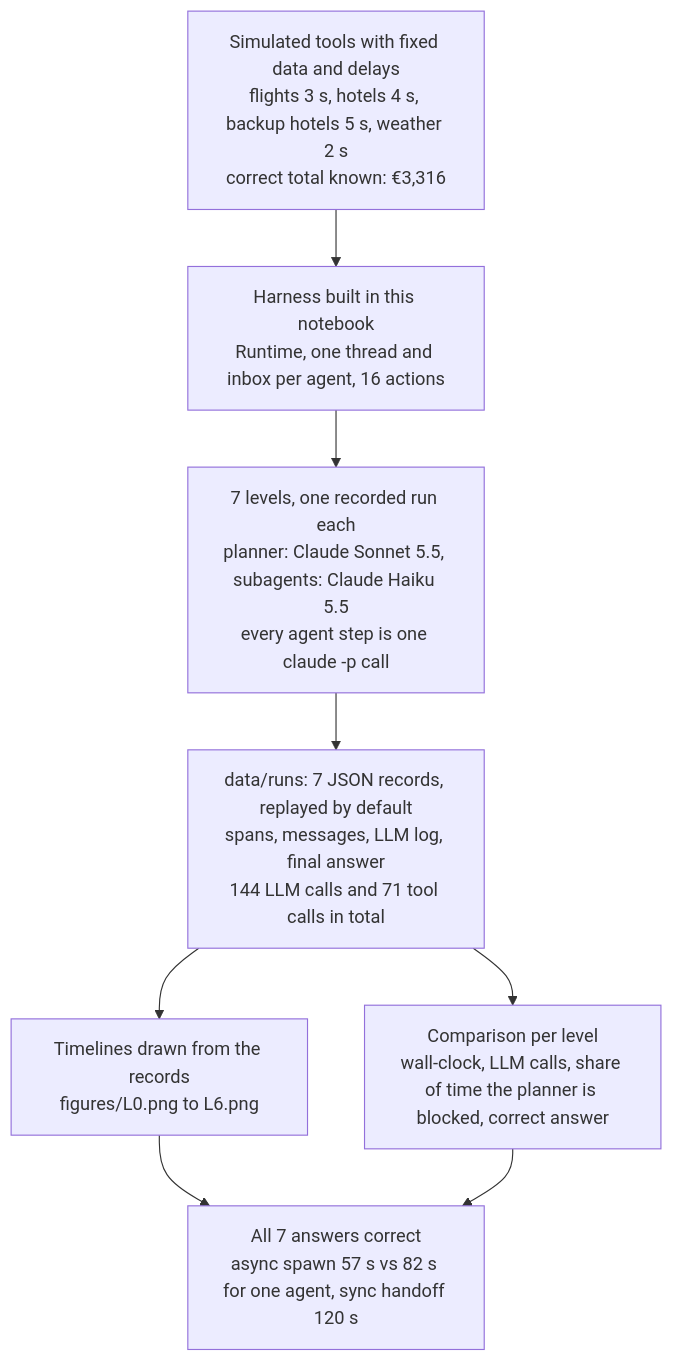
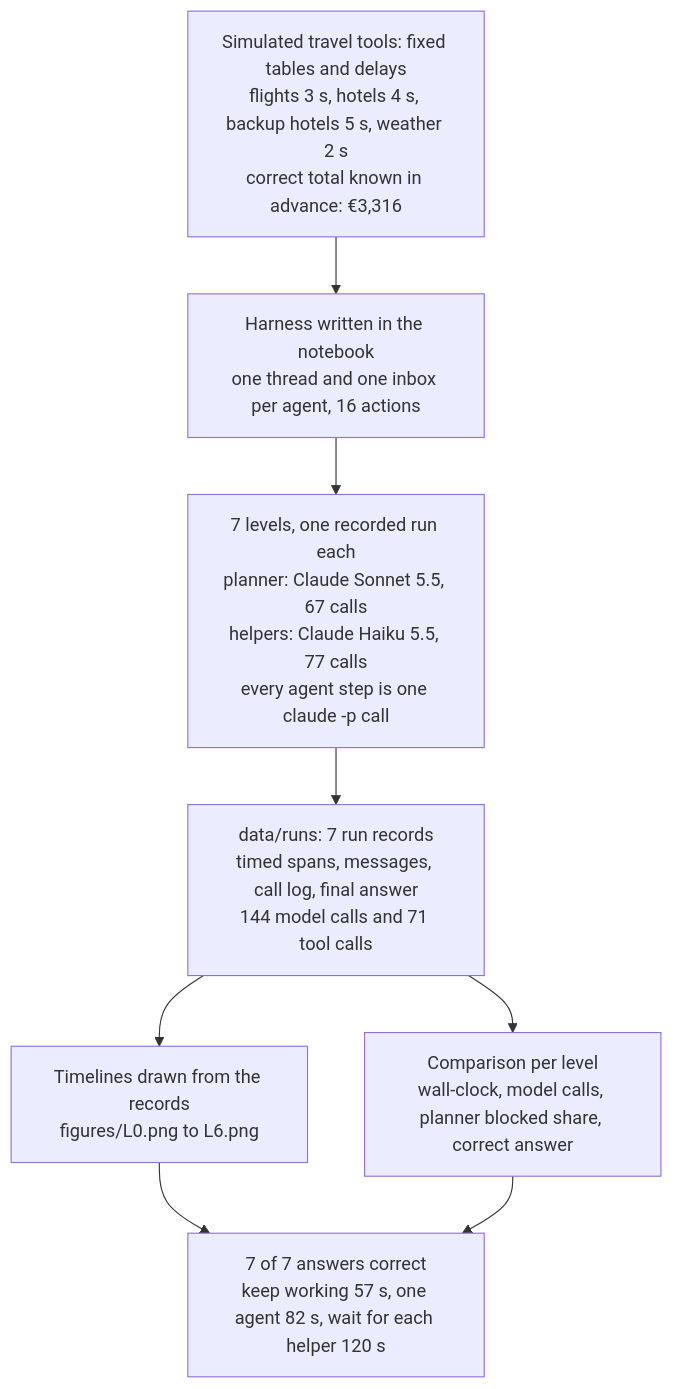
Before and after one commit to k-sandhu/experiment-notebooks: the second of 8 diagrams in notebooks/07-subagent-handoff-harness/README.md, drawn with Mermaid. The commit also changed other lines of this file and 2 other files, not shown here.

First line of the commit message:
Rewrite notebook 07 README and narrative as a standalone explanation

````diff
--- a/notebooks/07-subagent-handoff-harness/README.md
+++ b/notebooks/07-subagent-handoff-harness/README.md
@@ -39,15 +150,15 @@
 ```mermaid
 flowchart TD
-    world["Simulated tools with fixed data and delays<br/>flights 3 s, hotels 4 s, backup hotels 5 s, weather 2 s<br/>correct total known: €3,316"]
-    harness["Harness built in this notebook<br/>Runtime, one thread and inbox per agent, 16 actions"]
-    levels["7 levels, one recorded run each<br/>planner: Claude Sonnet 5.5, subagents: Claude Haiku 5.5<br/>every agent step is one claude -p call"]
-    runs["data/runs: 7 JSON records, replayed by default<br/>spans, messages, LLM log, final answer<br/>144 LLM calls and 71 tool calls in total"]
+    world["Simulated travel tools: fixed tables and delays<br/>flights 3 s, hotels 4 s, backup hotels 5 s, weather 2 s<br/>correct total known in advance: €3,316"]
+    harness["Harness written in the notebook<br/>one thread and one inbox per agent, 16 actions"]
+    levels["7 levels, one recorded run each<br/>planner: Claude Sonnet 5.5, 67 calls<br/>helpers: Claude Haiku 5.5, 77 calls<br/>every agent step is one claude -p call"]
+    runs["data/runs: 7 run records<br/>timed spans, messages, call log, final answer<br/>144 model calls and 71 tool calls"]
     tl["Timelines drawn from the records<br/>figures/L0.png to L6.png"]
-    cmp["Comparison per level<br/>wall-clock, LLM calls, share of time the planner is blocked, correct answer"]
-    res["All 7 answers correct<br/>async spawn 57 s vs 82 s for one agent, sync handoff 120 s"]
+    cmp["Comparison per level<br/>wall-clock, model calls, planner blocked share, correct answer"]
+    res["7 of 7 answers correct<br/>keep working 57 s, one agent 82 s, wait for each helper 120 s"]
     world --> harness --> levels --> runs
     runs --> tl
     runs --> cmp
     tl --> res
     cmp --> res
 ```
````
